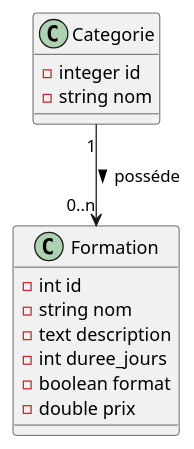
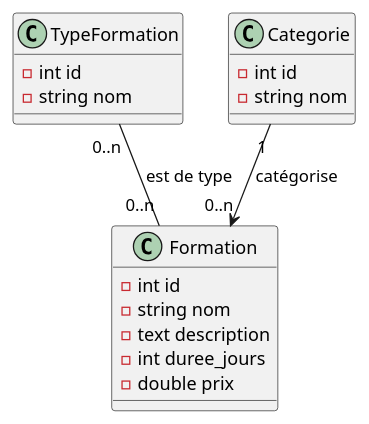
Before and after one commit to DucasseRafael91/VenteFormation: the diagram in doc/uml/2-class/goncourt-class.puml, drawn with PlantUML.

Commit message:
Création d'une deuxieme version du diagramme de classe

```diff
--- a/doc/uml/2-class/goncourt-class.puml
+++ b/doc/uml/2-class/goncourt-class.puml
@@ -1,22 +1,24 @@
 @startuml VenteFormation
 
-class Formation
-{
+class Formation {
     -int id
     -string nom
     -text description
     -int duree_jours
-    -boolean format
     -double prix
 }
 
-class Categorie
-{
-    -integer id
+class TypeFormation {
+    -int id
     -string nom
 }
 
-Categorie "1" --> "0..n" Formation : posséde >
+class Categorie {
+    -int id
+    -string nom
+}
 
+Categorie "1" --> "0..n" Formation : catégorise
+TypeFormation "0..n" -- "0..n" Formation : est de type
 
 @enduml
```
